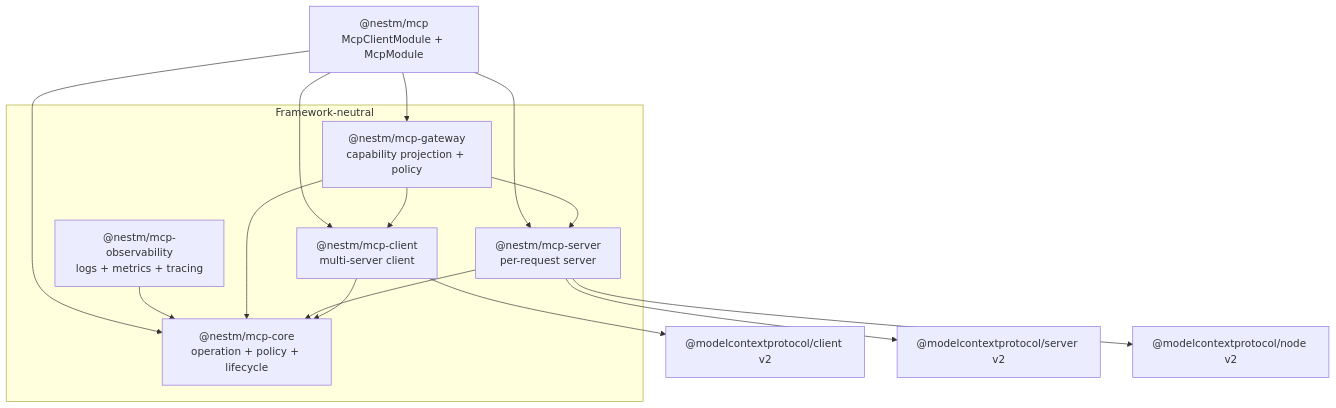
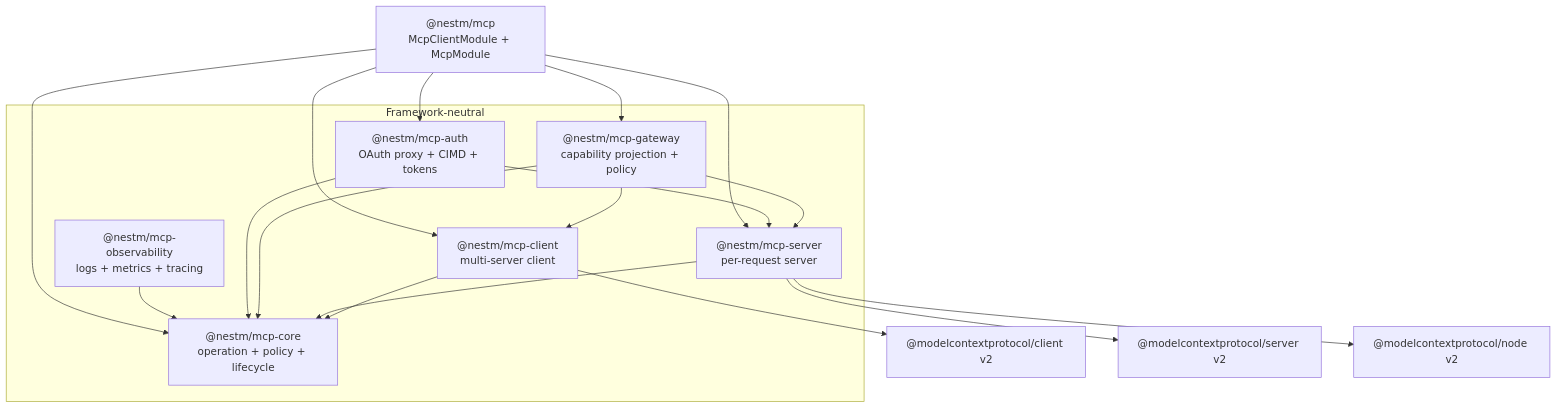
One commit to nestm-dev/mcp changed the first of 2 diagrams in docs/architecture.md. Above: the diagram before and after it, drawn with Mermaid. The commit also changed other lines of this file and 72 other files, not shown here.

````diff
--- a/docs/architecture.md
+++ b/docs/architecture.md
@@ -16,29 +16,33 @@
 ```mermaid
 flowchart TB
   subgraph Neutral["Framework-neutral"]
     core["@nestm/mcp-core\noperation + policy + lifecycle"]
     client["@nestm/mcp-client\nmulti-server client"]
     server["@nestm/mcp-server\nper-request server"]
     gateway["@nestm/mcp-gateway\ncapability projection + policy"]
+    auth["@nestm/mcp-auth\nOAuth proxy + CIMD + tokens"]
     observability["@nestm/mcp-observability\nlogs + metrics + tracing"]
   end
 
   nest["@nestm/mcp\nMcpClientModule + McpModule"]
   sdkClient["@modelcontextprotocol/client v2"]
   sdkServer["@modelcontextprotocol/server v2"]
   sdkNode["@modelcontextprotocol/node v2"]
 
   client --> core
   client --> sdkClient
   server --> core
   server --> sdkServer
   server --> sdkNode
   gateway --> core
   gateway --> client
   gateway --> server
+  auth --> core
+  auth --> server
   observability --> core
   nest --> core
   nest --> server
   nest --> client
   nest --> gateway
+  nest --> auth
 ```
````
